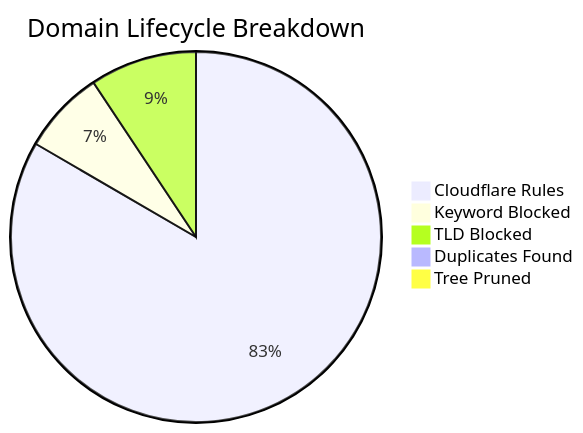
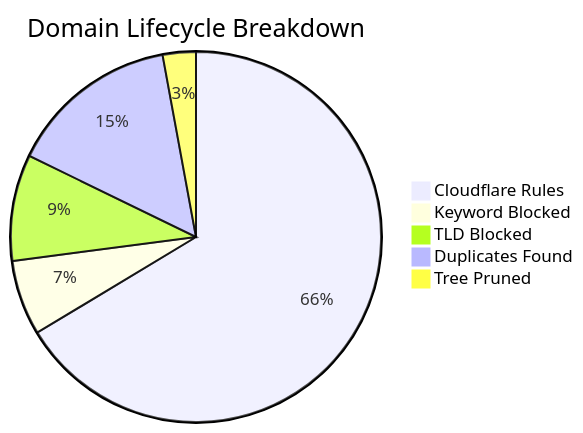
The diagram in README_STATS.md (brojangles24/Cloudflare-ZeroTrust-AdBlock), drawn with Mermaid before and after one commit. The commit also changed other lines of this file and 1 other file, not shown here.

````diff
--- a/README_STATS.md
+++ b/README_STATS.md
@@ -5,8 +5,8 @@
 ```mermaid
 pie title Domain Lifecycle Breakdown
-    "Cloudflare Rules" : 313914
-    "Keyword Blocked" : 27444
-    "TLD Blocked" : 35118
-    "Duplicates Found" : 1059
-    "Tree Pruned" : 1091
+    "Cloudflare Rules" : 279818
+    "Keyword Blocked" : 27636
+    "TLD Blocked" : 39139
+    "Duplicates Found" : 62791
+    "Tree Pruned" : 12201
 ```
````
